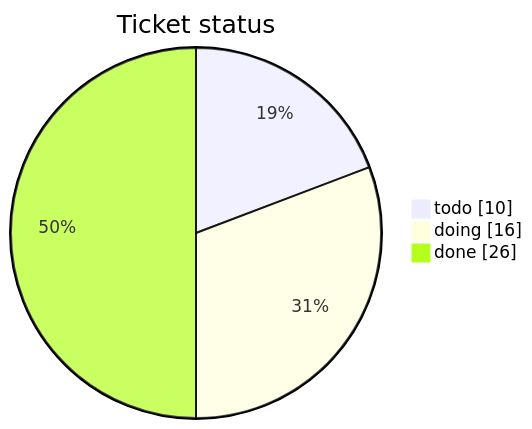
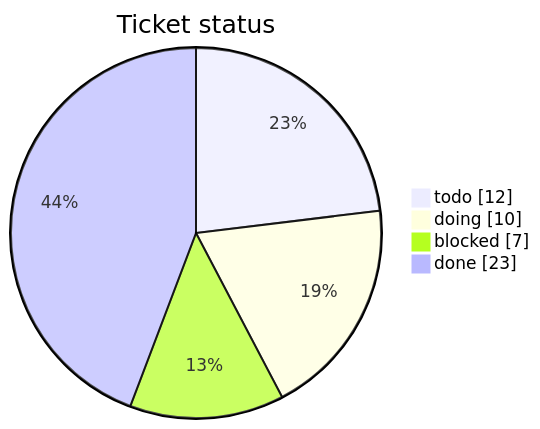
Before and after one commit to mohamed-soubhi/bootlab-esp: the first of 3 diagrams in tickets/TICKETS.md, drawn with Mermaid. The commit also changed other lines of this file and 15 other files, not shown here.

````diff
--- a/tickets/TICKETS.md
+++ b/tickets/TICKETS.md
@@ -14,6 +14,7 @@
 ```mermaid
 pie showData title Ticket status
-    "todo" : 10
-    "doing" : 16
-    "done" : 26
+    "todo" : 12
+    "doing" : 10
+    "blocked" : 7
+    "done" : 23
 ```
````
